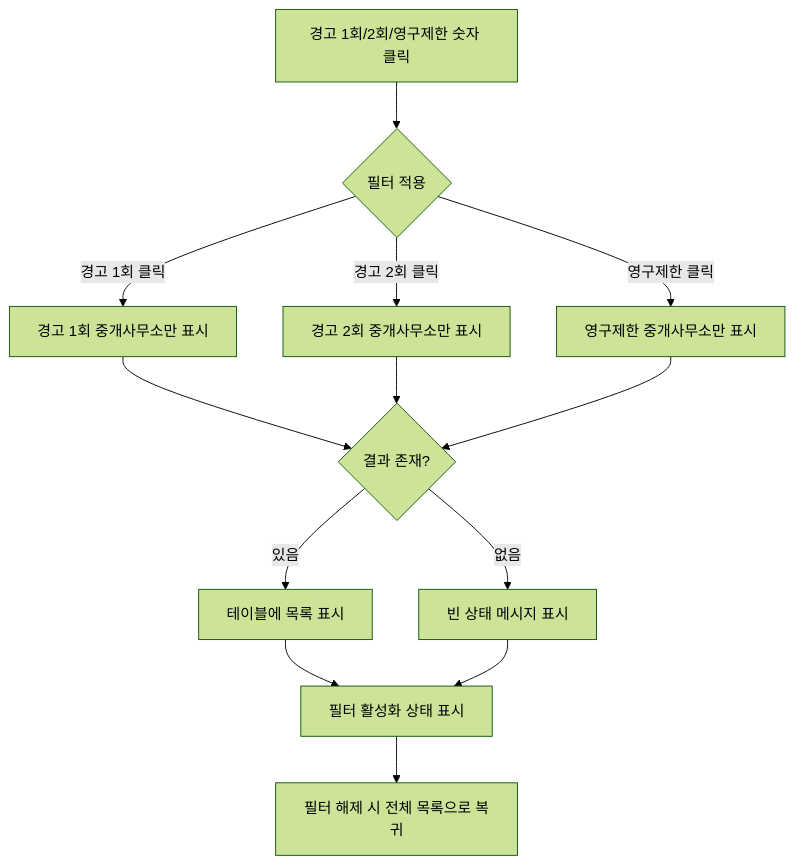
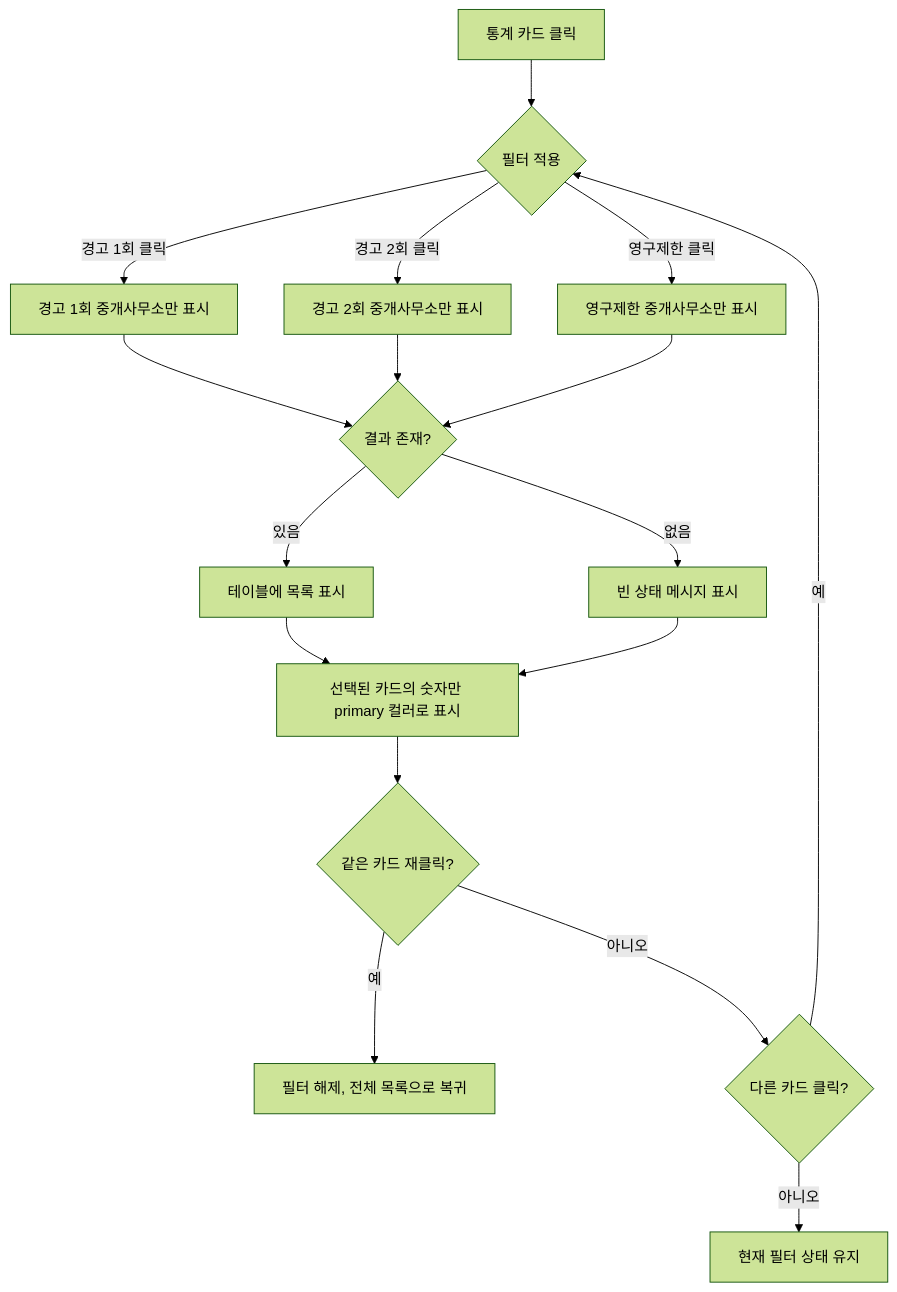
Before and after one commit to elfgee/Ceo: the second of 2 diagrams in docs/prd/prd.fake-ads-out-restrictions.md, drawn with Mermaid (forest theme). The commit also changed other lines of this file and 5 other files, not shown here.

````diff
--- a/docs/prd/prd.fake-ads-out-restrictions.md
+++ b/docs/prd/prd.fake-ads-out-restrictions.md
@@ -159,15 +283,19 @@
 ```mermaid
 flowchart TD
-    A[경고 1회/2회/영구제한 숫자 클릭] --> B{필터 적용}
+    A[통계 카드 클릭] --> B{필터 적용}
     B -->|경고 1회 클릭| C[경고 1회 중개사무소만 표시]
     B -->|경고 2회 클릭| D[경고 2회 중개사무소만 표시]
     B -->|영구제한 클릭| E[영구제한 중개사무소만 표시]
     C --> F{결과 존재?}
     D --> F
     E --> F
     F -->|있음| G[테이블에 목록 표시]
     F -->|없음| H[빈 상태 메시지 표시]
-    G --> I[필터 활성화 상태 표시]
+    G --> I[선택된 카드의 숫자만 primary 컬러로 표시]
     H --> I
-    I --> J[필터 해제 시 전체 목록으로 복귀]
+    I --> J{같은 카드 재클릭?}
+    J -->|예| K[필터 해제, 전체 목록으로 복귀]
+    J -->|아니오| L{다른 카드 클릭?}
+    L -->|예| B
+    L -->|아니오| M[현재 필터 상태 유지]
 ```
````
